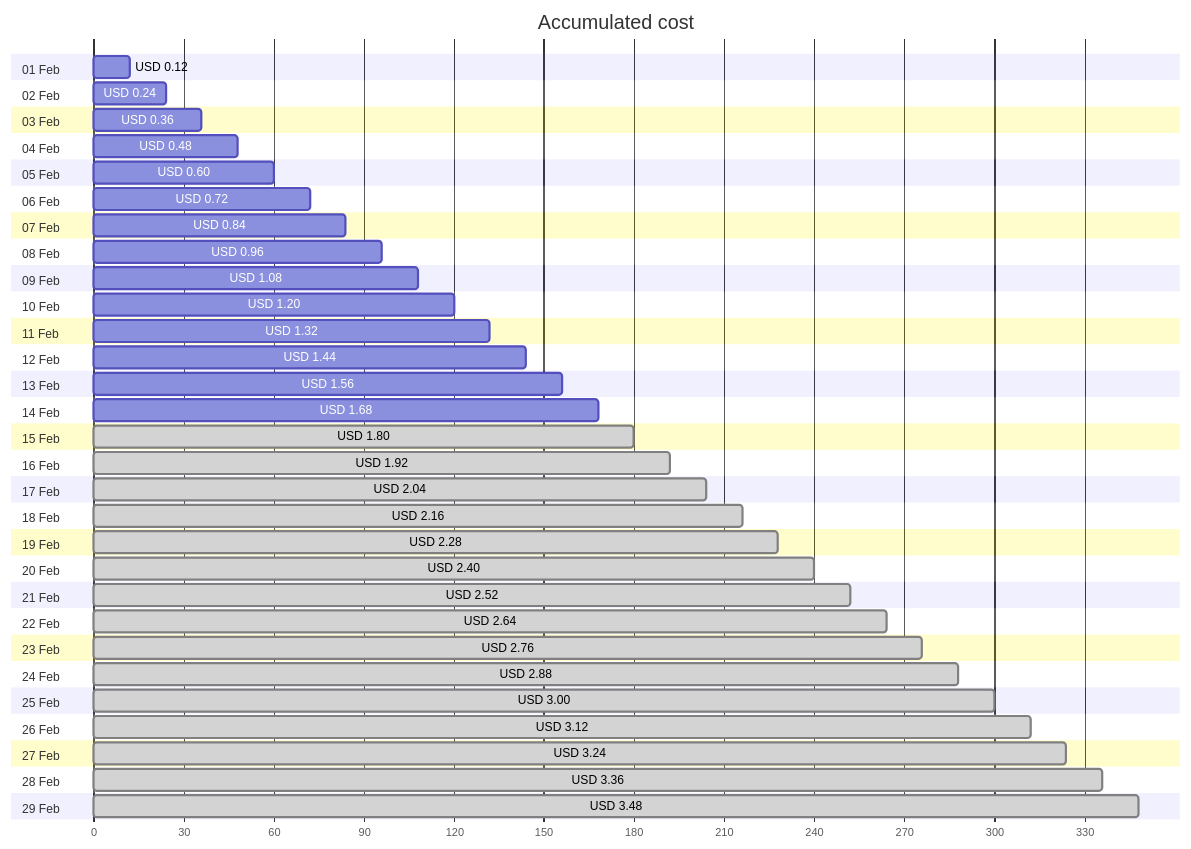
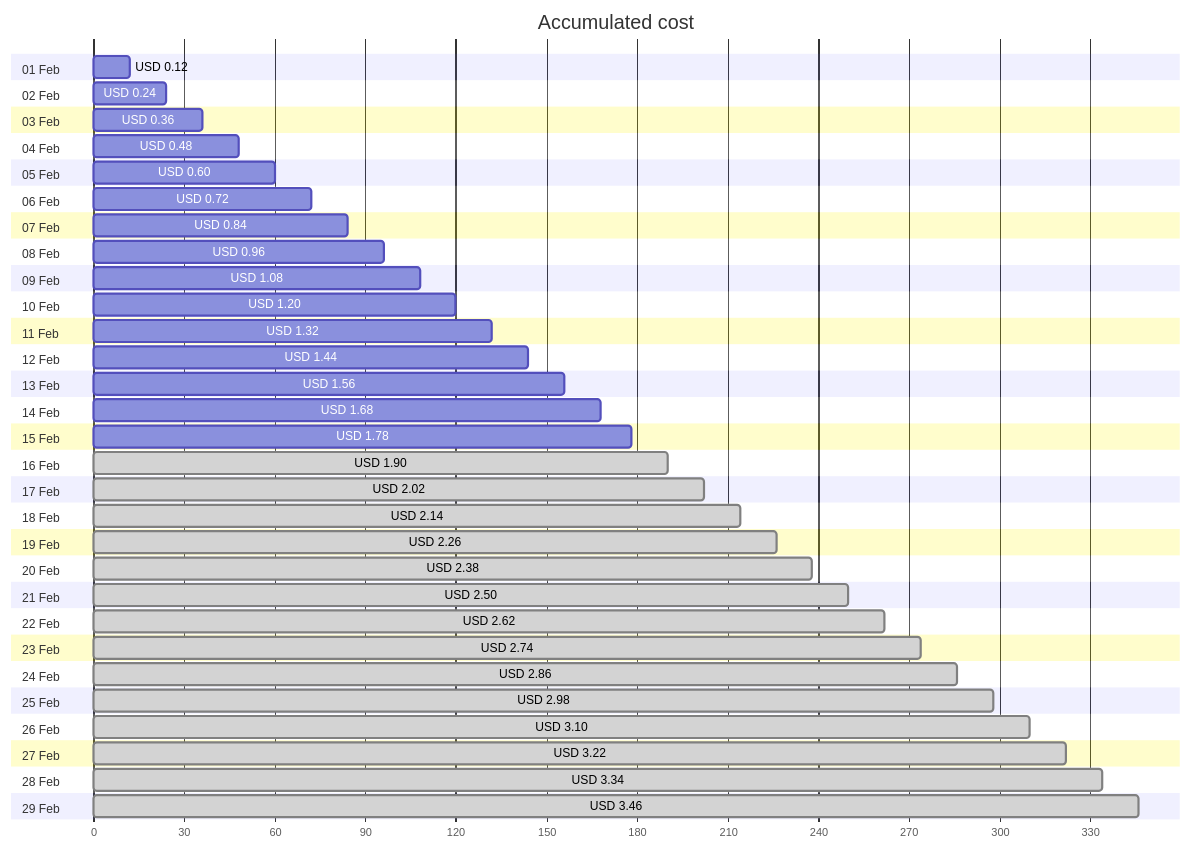
Before and after one commit to jpfulton/azure-personal-reports: the first of 4 diagrams in cost-reports/personal-network/backup-server-public-ip.md, drawn with Mermaid. The commit also changed other lines of this file and 8 other files, not shown here.

````diff
--- a/cost-reports/personal-network/backup-server-public-ip.md
+++ b/cost-reports/personal-network/backup-server-public-ip.md
@@ -20,64 +20,64 @@
 ```mermaid
 gantt
    title Accumulated cost
    dateFormat  X
    axisFormat %s
    section 01 Feb
    USD 0.12 :0, 12
    section 02 Feb
    USD 0.24 :0, 24
    section 03 Feb
    USD 0.36 :0, 36
    section 04 Feb
    USD 0.48 :0, 48
    section 05 Feb
    USD 0.60 :0, 60
    section 06 Feb
    USD 0.72 :0, 72
    section 07 Feb
    USD 0.84 :0, 84
    section 08 Feb
    USD 0.96 :0, 96
    section 09 Feb
    USD 1.08 :0, 108
    section 10 Feb
    USD 1.20 :0, 120
    section 11 Feb
    USD 1.32 :0, 132
    section 12 Feb
    USD 1.44 :0, 144
    section 13 Feb
    USD 1.56 :0, 156
    section 14 Feb
    USD 1.68 :0, 168
    section 15 Feb
-   USD 1.80 : done, 0, 180
+   USD 1.78 :0, 178
    section 16 Feb
-   USD 1.92 : done, 0, 192
+   USD 1.90 : done, 0, 190
    section 17 Feb
-   USD 2.04 : done, 0, 204
+   USD 2.02 : done, 0, 202
    section 18 Feb
-   USD 2.16 : done, 0, 216
+   USD 2.14 : done, 0, 214
    section 19 Feb
-   USD 2.28 : done, 0, 228
+   USD 2.26 : done, 0, 226
    section 20 Feb
-   USD 2.40 : done, 0, 240
+   USD 2.38 : done, 0, 238
    section 21 Feb
-   USD 2.52 : done, 0, 252
+   USD 2.50 : done, 0, 250
    section 22 Feb
-   USD 2.64 : done, 0, 264
+   USD 2.62 : done, 0, 262
    section 23 Feb
-   USD 2.76 : done, 0, 276
+   USD 2.74 : done, 0, 274
    section 24 Feb
-   USD 2.88 : done, 0, 288
+   USD 2.86 : done, 0, 286
    section 25 Feb
-   USD 3.00 : done, 0, 300
+   USD 2.98 : done, 0, 298
    section 26 Feb
-   USD 3.12 : done, 0, 312
+   USD 3.10 : done, 0, 310
    section 27 Feb
-   USD 3.24 : done, 0, 324
+   USD 3.22 : done, 0, 322
    section 28 Feb
-   USD 3.36 : done, 0, 336
+   USD 3.34 : done, 0, 334
    section 29 Feb
-   USD 3.48 : done, 0, 348
+   USD 3.46 : done, 0, 346
 ```
````
